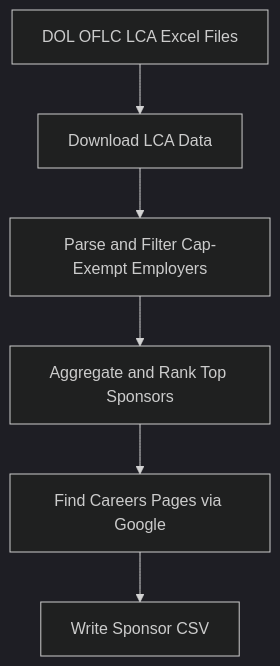
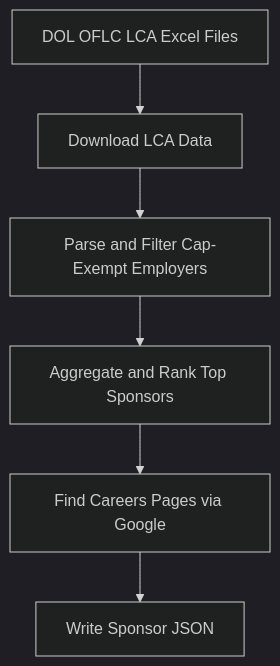
One commit to kyxap1/H1B_cap_exempt_JobTracker changed the diagram in README.md. Above: the diagram before and after it, drawn with Mermaid (dark theme). The commit also changed other lines of this file and 5 other files, not shown here.

First line of the commit message:
Drop CSV; the sponsor list is now JSON

````diff
--- a/README.md
+++ b/README.md
@@ -19,8 +19,8 @@
 ```mermaid
 flowchart TD
     A[DOL OFLC LCA Excel Files] --> B[Download LCA Data]
     B --> C[Parse and Filter Cap-Exempt Employers]
     C --> D[Aggregate and Rank Top Sponsors]
     D --> E[Find Careers Pages via Google]
-    E --> F[Write Sponsor CSV]
+    E --> F[Write Sponsor JSON]
 ```
````
